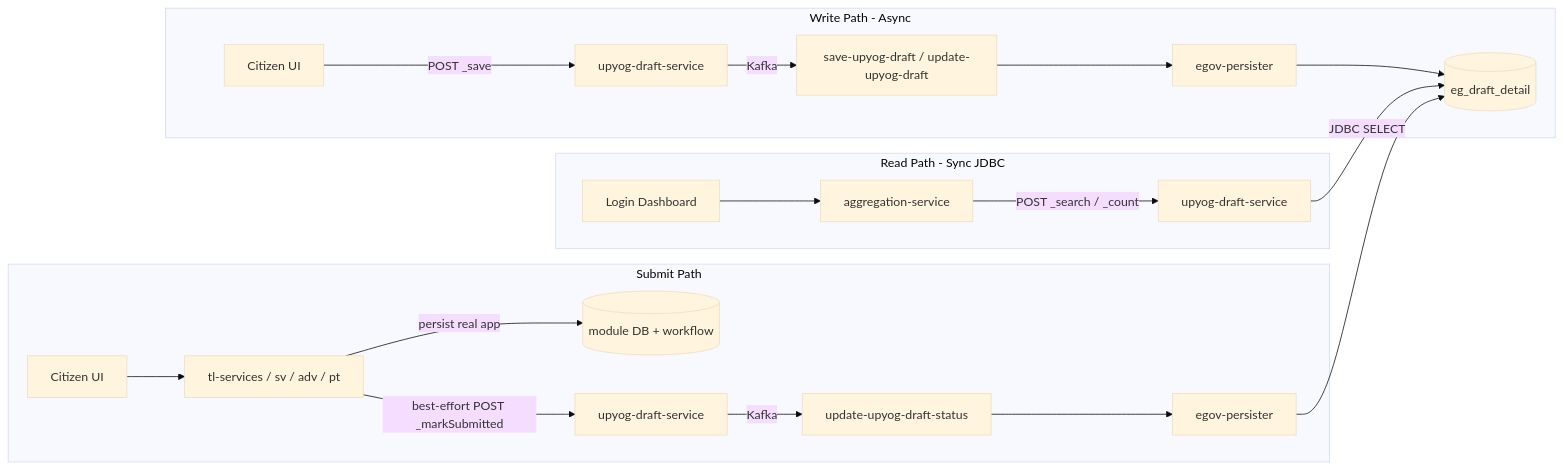
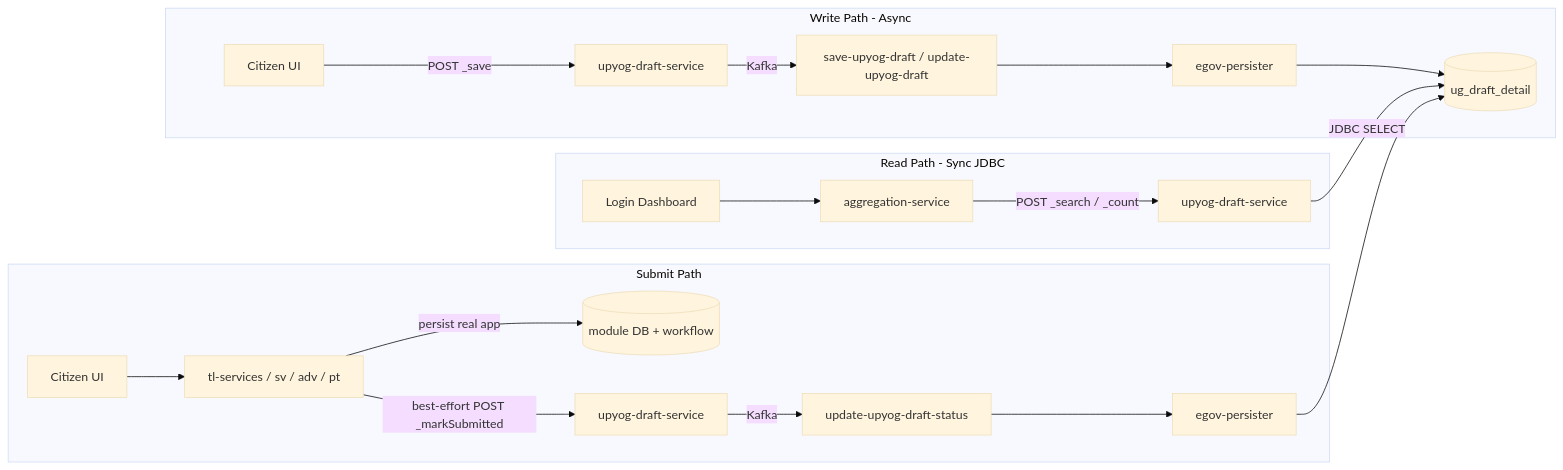
One commit to upyog/UPYOG changed the third of 12 diagrams in core-services/upyog-draft-service/ARCHITECTURE.md. Above: the diagram before and after it, drawn with Mermaid (base theme). The commit also changed other lines of this file and 3 other files, not shown here.

Commit message:
updating table from eg_draft_detail to ug_draft_detail

````diff
--- a/core-services/upyog-draft-service/ARCHITECTURE.md
+++ b/core-services/upyog-draft-service/ARCHITECTURE.md
@@ -161,24 +161,24 @@
 ```mermaid
 flowchart LR
     subgraph writePath [Write Path - Async]
         UI1[Citizen UI] -->|POST _save| DS[upyog-draft-service]
         DS -->|Kafka| K[save-upyog-draft / update-upyog-draft]
         K --> P[egov-persister]
-        P --> DB[(eg_draft_detail)]
+        P --> DB[(ug_draft_detail)]
     end
 
     subgraph readPath [Read Path - Sync JDBC]
         UI2[Login Dashboard] --> BFF[aggregation-service]
         BFF -->|POST _search / _count| DS2[upyog-draft-service]
         DS2 -->|JDBC SELECT| DB
     end
 
     subgraph submitPath [Submit Path]
         UI3[Citizen UI] --> MOD[tl-services / sv / adv / pt]
         MOD -->|persist real app| MODDB[(module DB + workflow)]
         MOD -->|best-effort POST _markSubmitted| DS3[upyog-draft-service]
         DS3 -->|Kafka| K2[update-upyog-draft-status]
         K2 --> P2[egov-persister]
         P2 --> DB
     end
 ```
````
